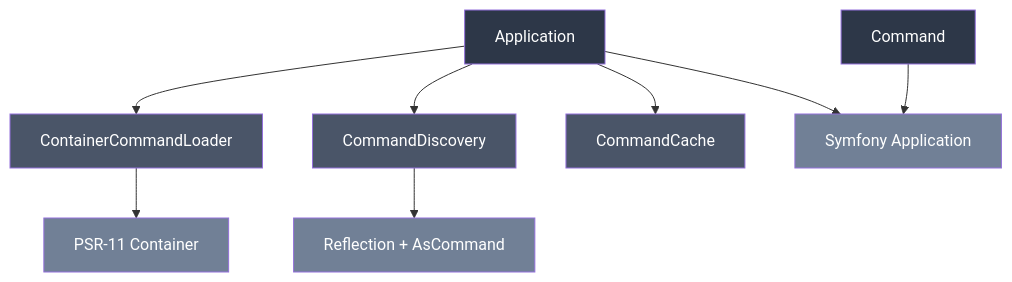
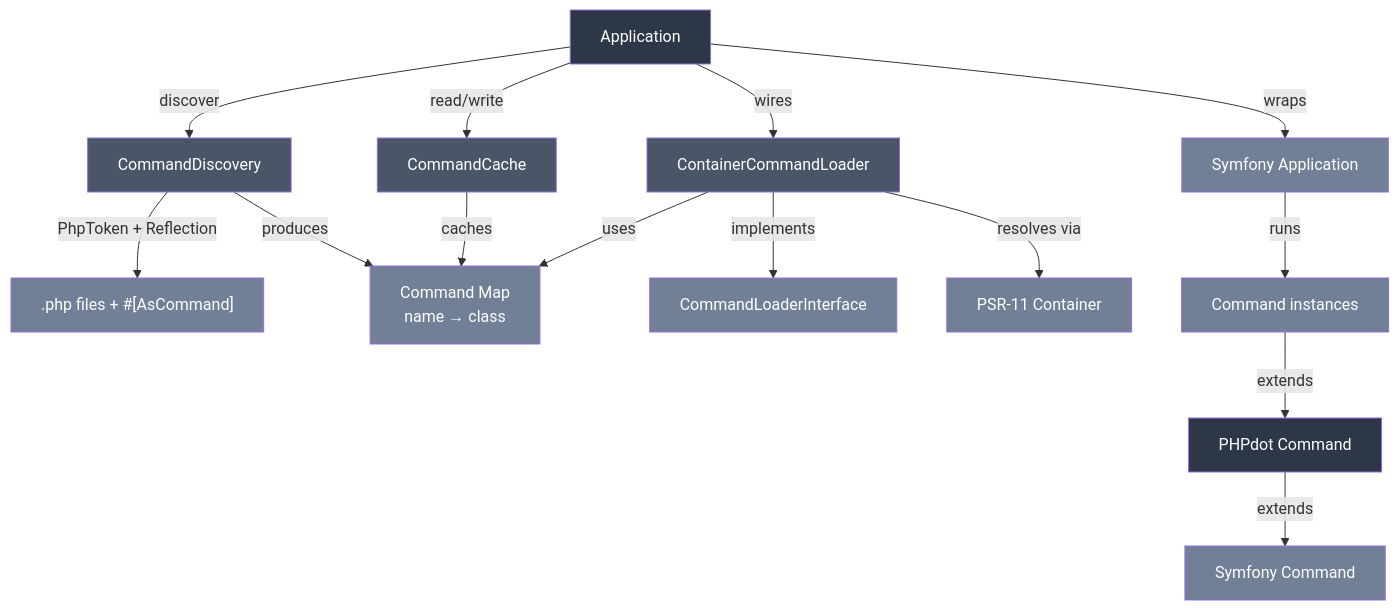
Before and after one commit to phpdot/console: the diagram in README.md, drawn with Mermaid.

Commit message:
Fix architecture diagram to reflect actual relationships

````diff
--- a/README.md
+++ b/README.md
@@ -13,21 +13,32 @@
 ```mermaid
 graph TD
-    APP[Application] --> CCL[ContainerCommandLoader]
-    APP --> CD[CommandDiscovery]
-    APP --> CC[CommandCache]
-    APP --> SA[Symfony Application]
+    APP[Application] -->|wraps| SA[Symfony Application]
+    APP -->|discover| CD[CommandDiscovery]
+    APP -->|read/write| CC[CommandCache]
+    APP -->|wires| CCL[ContainerCommandLoader]
 
-    CCL --> PSR[PSR-11 Container]
-    CD --> REF[Reflection + AsCommand]
+    CD -->|PhpToken + Reflection| FILES[".php files + #[AsCommand]"]
+    CD -->|produces| MAP["Command Map<br/>name → class"]
+    CC -->|caches| MAP
 
-    CMD[Command] --> SA
+    CCL -->|implements| CLI[CommandLoaderInterface]
+    CCL -->|resolves via| PSR[PSR-11 Container]
+    CCL -->|uses| MAP
+
+    SA -->|runs| CMD[Command instances]
+    CMD -->|extends| BASE[PHPdot Command]
+    BASE -->|extends| SC[Symfony Command]
 
     style APP fill:#2d3748,color:#fff
-    style CMD fill:#2d3748,color:#fff
+    style BASE fill:#2d3748,color:#fff
     style CCL fill:#4a5568,color:#fff
     style CD fill:#4a5568,color:#fff
     style CC fill:#4a5568,color:#fff
     style SA fill:#718096,color:#fff
     style PSR fill:#718096,color:#fff
-    style REF fill:#718096,color:#fff
+    style SC fill:#718096,color:#fff
+    style MAP fill:#718096,color:#fff
+    style FILES fill:#718096,color:#fff
+    style CLI fill:#718096,color:#fff
+    style CMD fill:#718096,color:#fff
 ```
````
